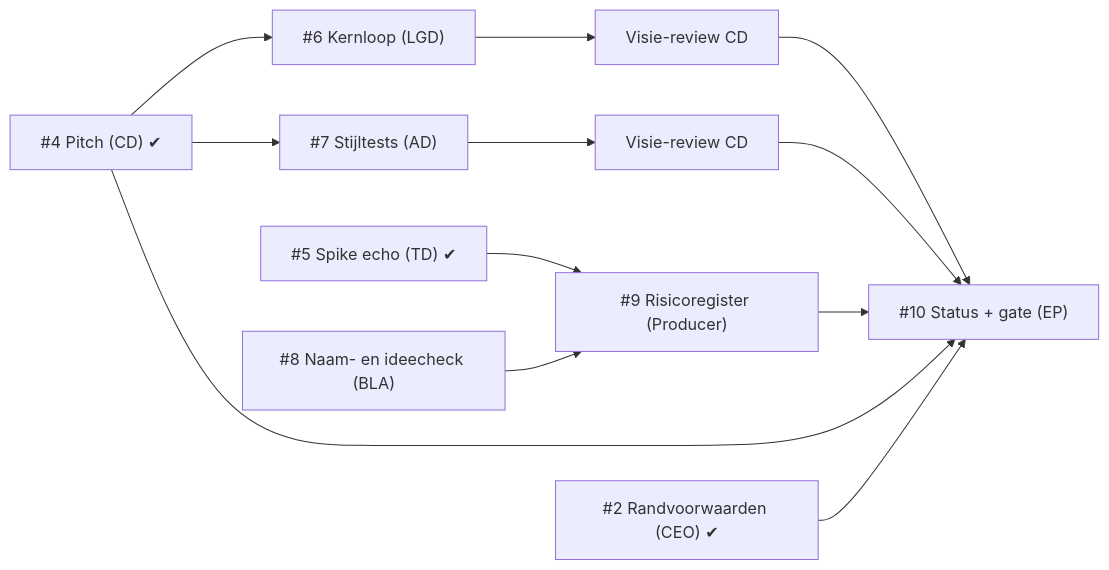
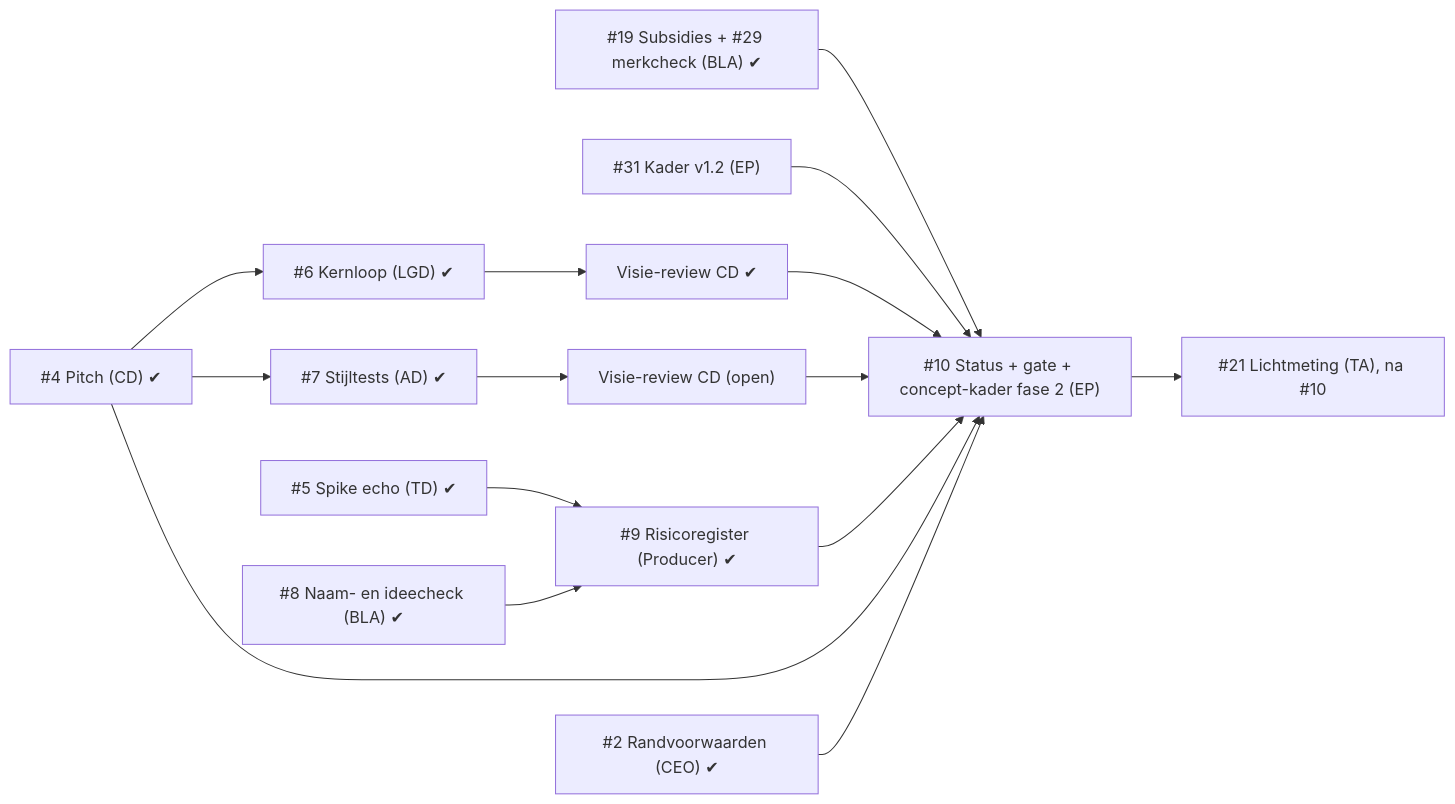
One commit to cesarvangerwen-glitch/echoborn changed the diagram in docs/productie/fase-1-kader.md. Above: the diagram before and after it, drawn with Mermaid. The commit also changed other lines of this file and 1 other file, not shown here.

First line of the commit message:
[Executive Producer] Fasekader en roadmap v1.2 (#31) (#34)

````diff
--- a/docs/productie/fase-1-kader.md
+++ b/docs/productie/fase-1-kader.md
@@ -88,14 +100,17 @@
 ```mermaid
 flowchart LR
-  P["#4 Pitch (CD) ✔"] --> K["#6 Kernloop (LGD)"]
-  P --> S["#7 Stijltests (AD)"]
-  K --> V1["Visie-review CD"]
-  S --> V2["Visie-review CD"]
-  T["#5 Spike echo (TD) ✔"] --> R["#9 Risicoregister (Producer)"]
-  N["#8 Naam- en ideecheck (BLA)"] --> R
-  V1 --> G["#10 Status + gate (EP)"]
+  P["#4 Pitch (CD) ✔"] --> K["#6 Kernloop (LGD) ✔"]
+  P --> S["#7 Stijltests (AD) ✔"]
+  K --> V1["Visie-review CD ✔"]
+  S --> V2["Visie-review CD (open)"]
+  T["#5 Spike echo (TD) ✔"] --> R["#9 Risicoregister (Producer) ✔"]
+  N["#8 Naam- en ideecheck (BLA) ✔"] --> R
+  B["#19 Subsidies + #29 merkcheck (BLA) ✔"] --> G
+  KV["#31 Kader v1.2 (EP)"] --> G
+  V1 --> G["#10 Status + gate + concept-kader fase 2 (EP)"]
   V2 --> G
   R --> G
   P --> G
   C["#2 Randvoorwaarden (CEO) ✔"] --> G
+  G --> L["#21 Lichtmeting (TA), na #10"]
 ```
````
